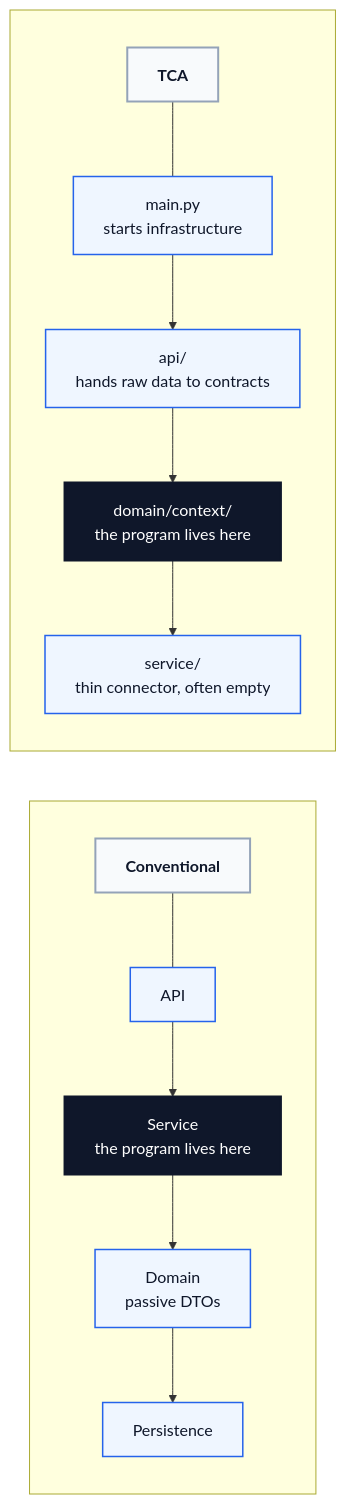
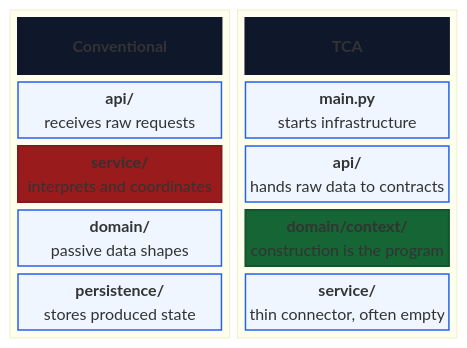
One commit to kylejtobin/tca changed the first of 3 diagrams in README.md. Above: the diagram before and after it, drawn with Mermaid. The commit also changed other lines of this file, not shown here.

Commit message:
Refine README architecture comparison diagram
Make the conventional vs TCA comparison read as two human-facing blocks with clearer hierarchy, stronger visual emphasis, and sharper layer descriptions.

Made-with: Cursor

````diff
--- a/README.md
+++ b/README.md
@@ -22,30 +22,33 @@
 ```mermaid
-flowchart LR
-    subgraph conv[" "]
-        direction TB
+block-beta
+    columns 2
+
+    block:conv:1
+        columns 1
         cHead["Conventional"]
-        cAPI["API"]
-        cService["Service<br/>the program lives here"]
-        cDomain["Domain<br/>passive DTOs"]
-        cPersist["Persistence"]
-        cHead --- cAPI --> cService --> cDomain --> cPersist
+        cAPI["<b>api/</b><br/>receives raw requests"]
+        cService["<b>service/</b><br/>interprets and coordinates"]
+        cDomain["<b>domain/</b><br/>passive data shapes"]
+        cPersist["<b>persistence/</b><br/>stores produced state"]
     end
 
-    subgraph tca[" "]
-        direction TB
+    block:tca:1
+        columns 1
         tHead["TCA"]
-        tInfra["main.py<br/>starts infrastructure"]
-        tAPI["api/<br/>hands raw data to contracts"]
-        tDomain["domain/context/<br/>the program lives here"]
-        tService["service/<br/>thin connector, often empty"]
-        tHead --- tInfra --> tAPI --> tDomain --> tService
+        tInfra["<b>main.py</b><br/>starts infrastructure"]
+        tAPI["<b>api/</b><br/>hands raw data to contracts"]
+        tDomain["<b>domain/context/</b><br/>construction is the program"]
+        tService["<b>service/</b><br/>thin connector, often empty"]
     end
 
-    classDef heavy fill:#0f172a,color:#ffffff,stroke:#0f172a,stroke-width:2px
+    classDef heavy fill:#0f172a,color:#f8f4e8,stroke:#0f172a,stroke-width:2px
     classDef light fill:#eff6ff,color:#0f172a,stroke:#2563eb,stroke-width:1.5px
-    classDef header fill:#f8fafc,color:#0f172a,stroke:#94a3b8,stroke-width:2px,font-weight:bold
+    classDef header fill:#0f172a,color:#f8f4e8,stroke:#0f172a,stroke-width:2px,font-weight:bold
+    classDef bad fill:#991b1b,color:#f8f4e8,stroke:#7f1d1d,stroke-width:2px
+    classDef good fill:#166534,color:#f8f4e8,stroke:#14532d,stroke-width:2px
 
     class cHead,tHead header
-    class cService,tDomain heavy
+    class cService bad
+    class tDomain good
     class cAPI,cDomain,cPersist,tInfra,tAPI,tService light
 ```
````
